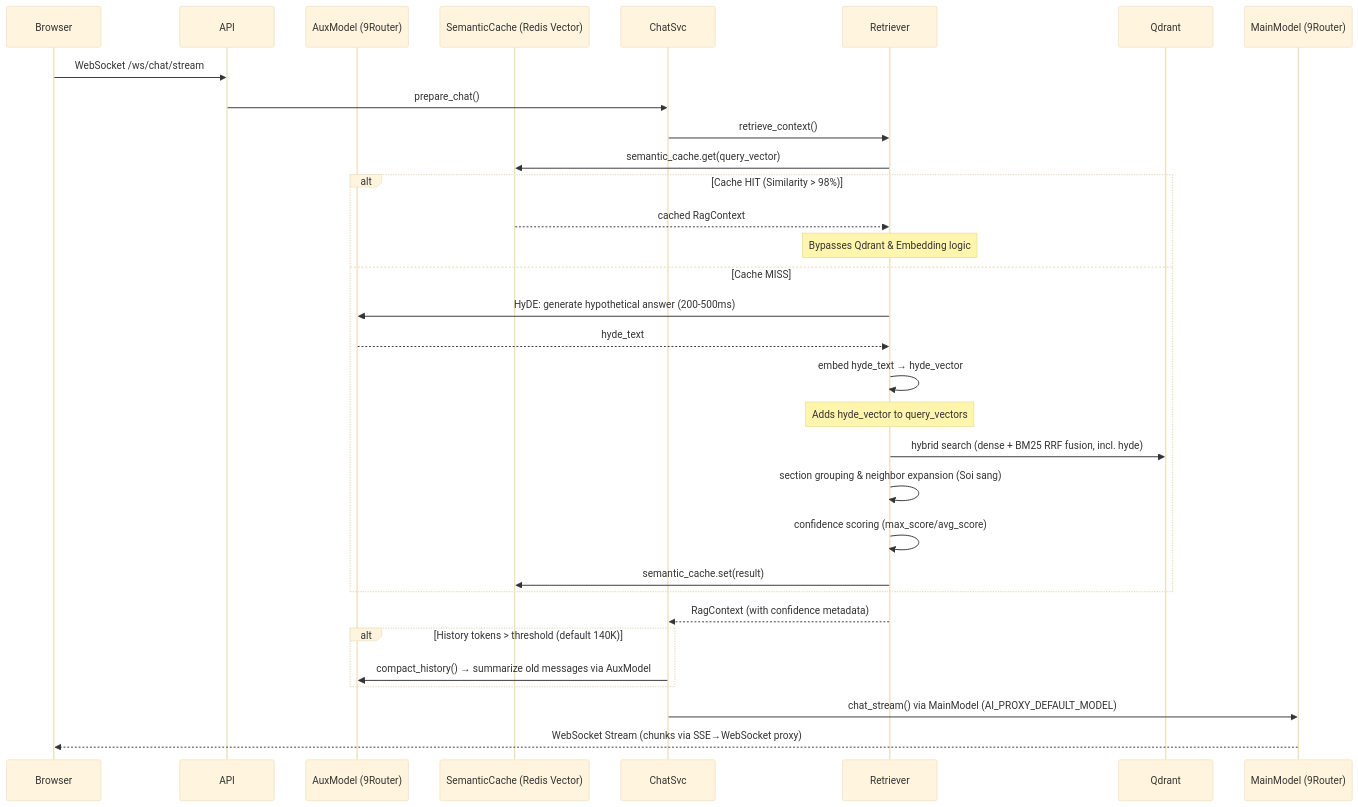
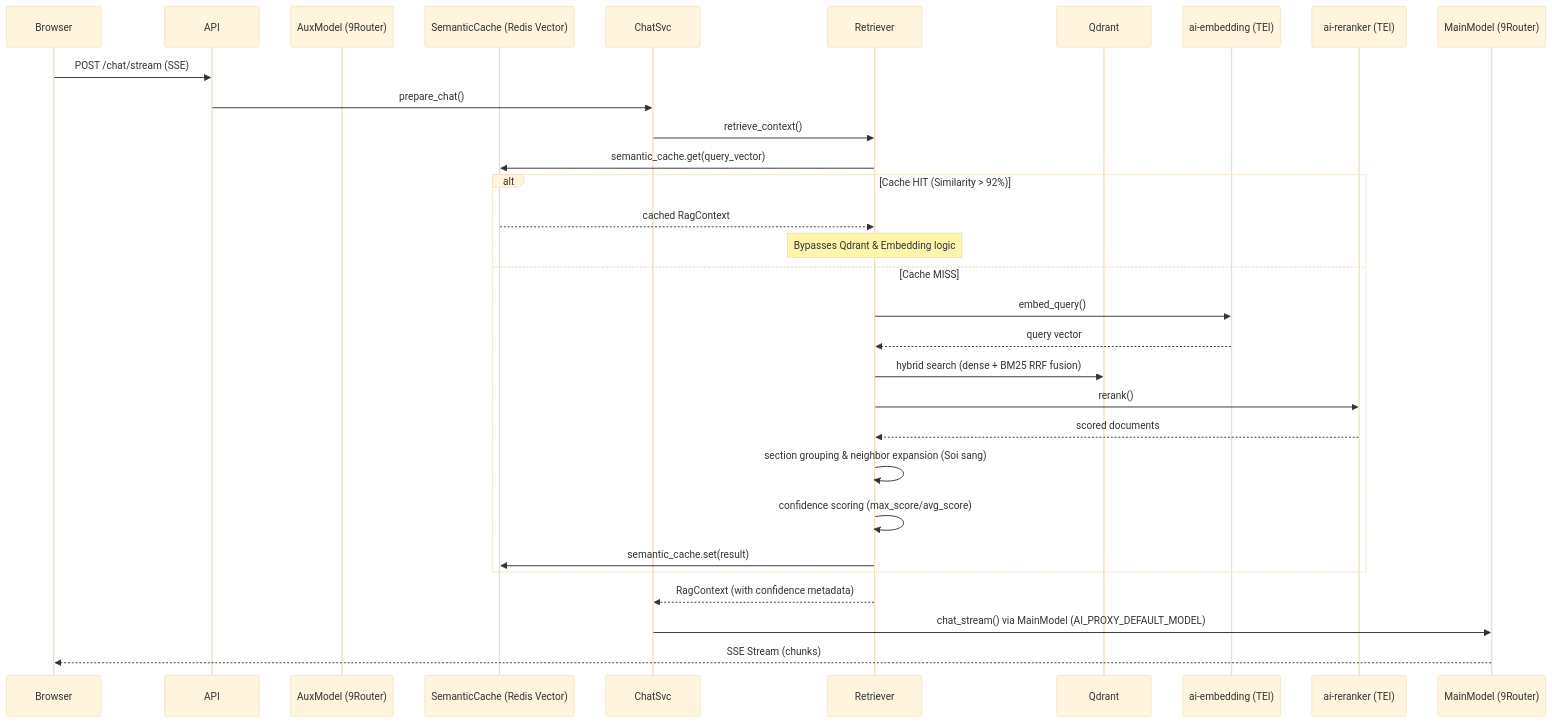
One commit to qtuanph/chatbot-rag changed the diagram in docs/2.2_WORKFLOWS_CHAT.md. Above: the diagram before and after it, drawn with Mermaid (base theme). The commit also changed other lines of this file and 49 other files, not shown here.

````diff
--- a/docs/2.2_WORKFLOWS_CHAT.md
+++ b/docs/2.2_WORKFLOWS_CHAT.md
@@ -5,37 +5,36 @@
 ```mermaid
 sequenceDiagram
     participant Browser
     participant API
     participant Aux as AuxModel (9Router)
     participant Cache as SemanticCache (Redis Vector)
     participant ChatSvc
     participant Retriever
     participant Qdrant
+    participant AIEmbed as ai-embedding (TEI)
+    participant AIRerank as ai-reranker (TEI)
     participant Bridge as MainModel (9Router)
 
-Browser->>API: WebSocket /ws/chat/stream
+    Browser->>API: POST /chat/stream (SSE)
     API->>ChatSvc: prepare_chat()
     ChatSvc->>Retriever: retrieve_context()
 
     Retriever->>Cache: semantic_cache.get(query_vector)
-    alt Cache HIT (Similarity > 98%)
+    alt Cache HIT (Similarity > 92%)
         Cache-->>Retriever: cached RagContext
         Note over Retriever: Bypasses Qdrant & Embedding logic
     else Cache MISS
-        Retriever->>Aux: HyDE: generate hypothetical answer (200-500ms)
-        Aux-->>Retriever: hyde_text
-        Retriever->>Retriever: embed hyde_text → hyde_vector
-        Note over Retriever: Adds hyde_vector to query_vectors
-        Retriever->>Qdrant: hybrid search (dense + BM25 RRF fusion, incl. hyde)
+        Retriever->>AIEmbed: embed_query()
+        AIEmbed-->>Retriever: query vector
+        Retriever->>Qdrant: hybrid search (dense + BM25 RRF fusion)
+        Retriever->>AIRerank: rerank()
+        AIRerank-->>Retriever: scored documents
         Retriever->>Retriever: section grouping & neighbor expansion (Soi sang)
         Retriever->>Retriever: confidence scoring (max_score/avg_score)
         Retriever->>Cache: semantic_cache.set(result)
     end
 
     Retriever-->>ChatSvc: RagContext (with confidence metadata)
-    alt History tokens > threshold (default 140K)
-        ChatSvc->>Aux: compact_history() → summarize old messages via AuxModel
-    end
     ChatSvc->>Bridge: chat_stream() via MainModel (AI_PROXY_DEFAULT_MODEL)
-    Bridge-->>Browser: WebSocket Stream (chunks via SSE→WebSocket proxy)
+    Bridge-->>Browser: SSE Stream (chunks)
 ```
````
